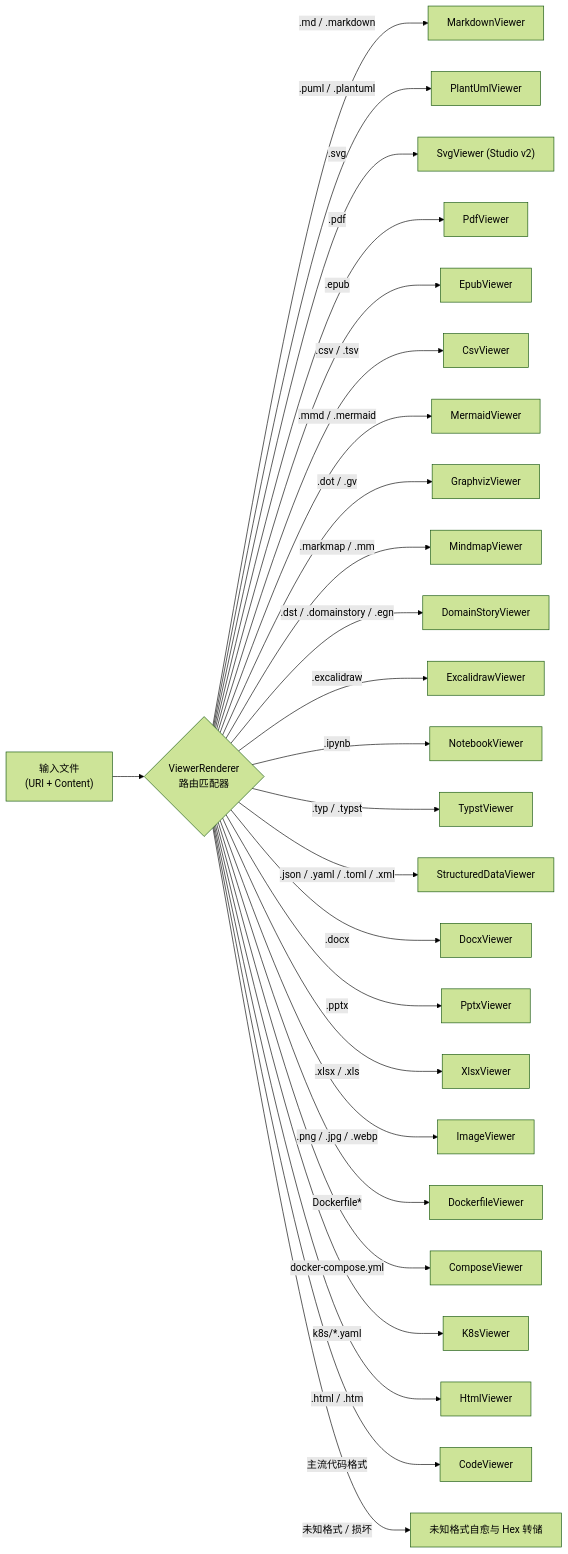
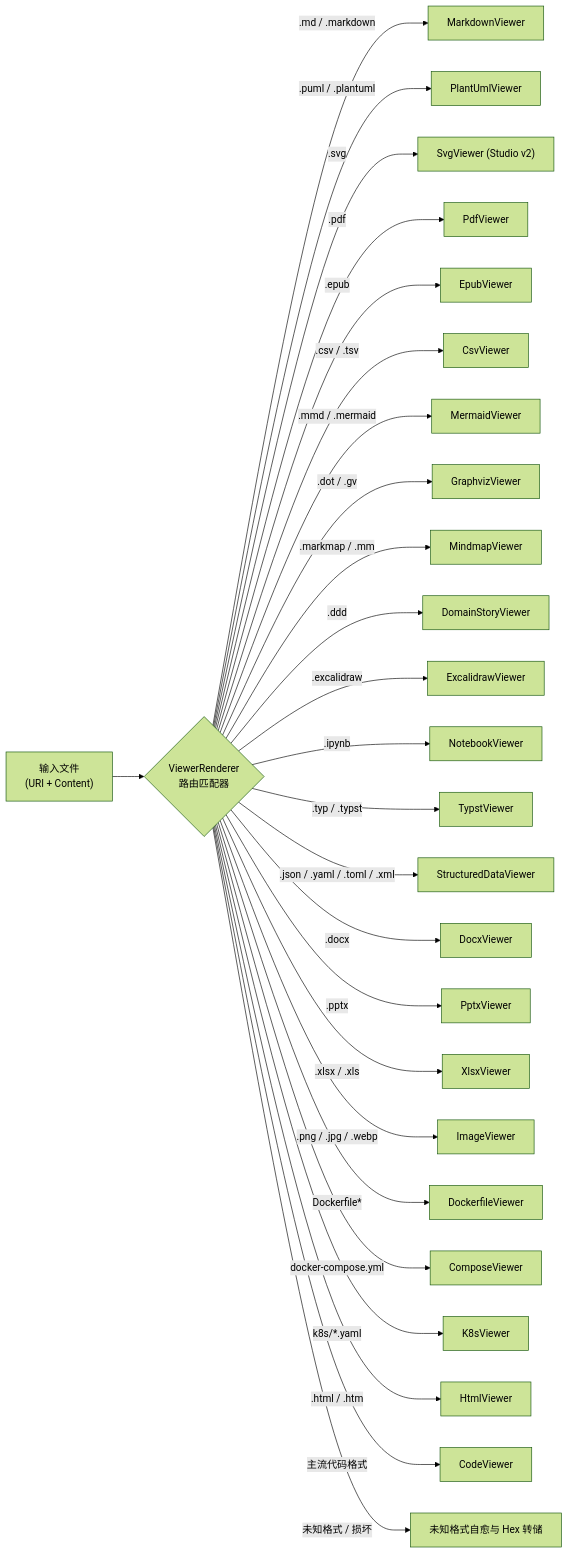
Before and after one commit to fsyyzz/OmniView-Open: the fourth of 6 diagrams in docs/architecture.md, drawn with Mermaid (forest theme). The commit also changed 30 other files, not shown here.

````diff
--- a/docs/architecture.md
+++ b/docs/architecture.md
@@ -113,29 +113,29 @@
 ```mermaid
 flowchart LR
     File["输入文件<br/>(URI + Content)"] --> Router{"ViewerRenderer<br/>路由匹配器"}
 
     Router -->|".md / .markdown"| D_MD["MarkdownViewer"]
     Router -->|".puml / .plantuml"| D_PUML["PlantUmlViewer"]
     Router -->|".svg"| D_SVG["SvgViewer (Studio v2)"]
     Router -->|".pdf"| D_PDF["PdfViewer"]
     Router -->|".epub"| D_EPUB["EpubViewer"]
     Router -->|".csv / .tsv"| D_CSV["CsvViewer"]
     Router -->|".mmd / .mermaid"| D_MMD["MermaidViewer"]
     Router -->|".dot / .gv"| D_GV["GraphvizViewer"]
     Router -->|".markmap / .mm"| D_MM["MindmapViewer"]
-    Router -->|".dst / .domainstory / .egn"| D_DS["DomainStoryViewer"]
+    Router -->|".ddd"| D_DS["DomainStoryViewer"]
     Router -->|".excalidraw"| D_EXC["ExcalidrawViewer"]
     Router -->|".ipynb"| D_NB["NotebookViewer"]
     Router -->|".typ / .typst"| D_TYP["TypstViewer"]
     Router -->|".json / .yaml / .toml / .xml"| D_DATA["StructuredDataViewer"]
     Router -->|".docx"| D_DOCX["DocxViewer"]
     Router -->|".pptx"| D_PPTX["PptxViewer"]
     Router -->|".xlsx / .xls"| D_XLSX["XlsxViewer"]
     Router -->|".png / .jpg / .webp"| D_IMG["ImageViewer"]
     Router -->|"Dockerfile*"| D_DF["DockerfileViewer"]
     Router -->|"docker-compose.yml"| D_DC["ComposeViewer"]
     Router -->|"k8s/*.yaml"| D_K8S["K8sViewer"]
     Router -->|".html / .htm"| D_HTML["HtmlViewer"]
     Router -->|"主流代码格式"| D_CODE["CodeViewer"]
     Router -->|"未知格式 / 损坏"| D_FALLBACK["未知格式自愈与 Hex 转储"]
 ```
````
